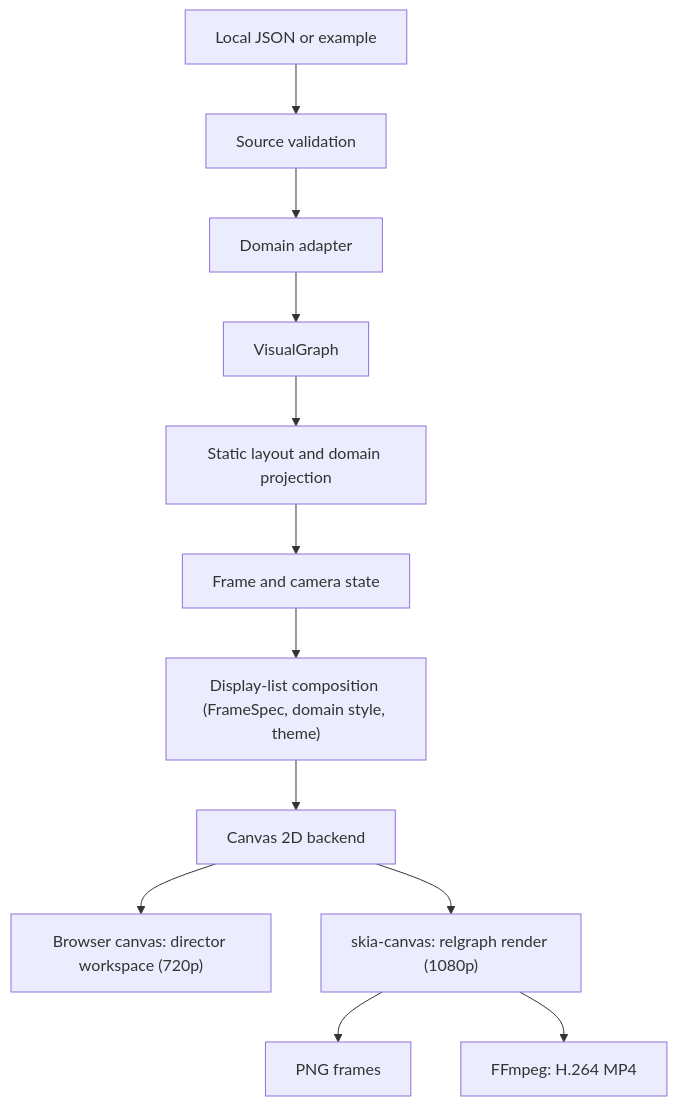
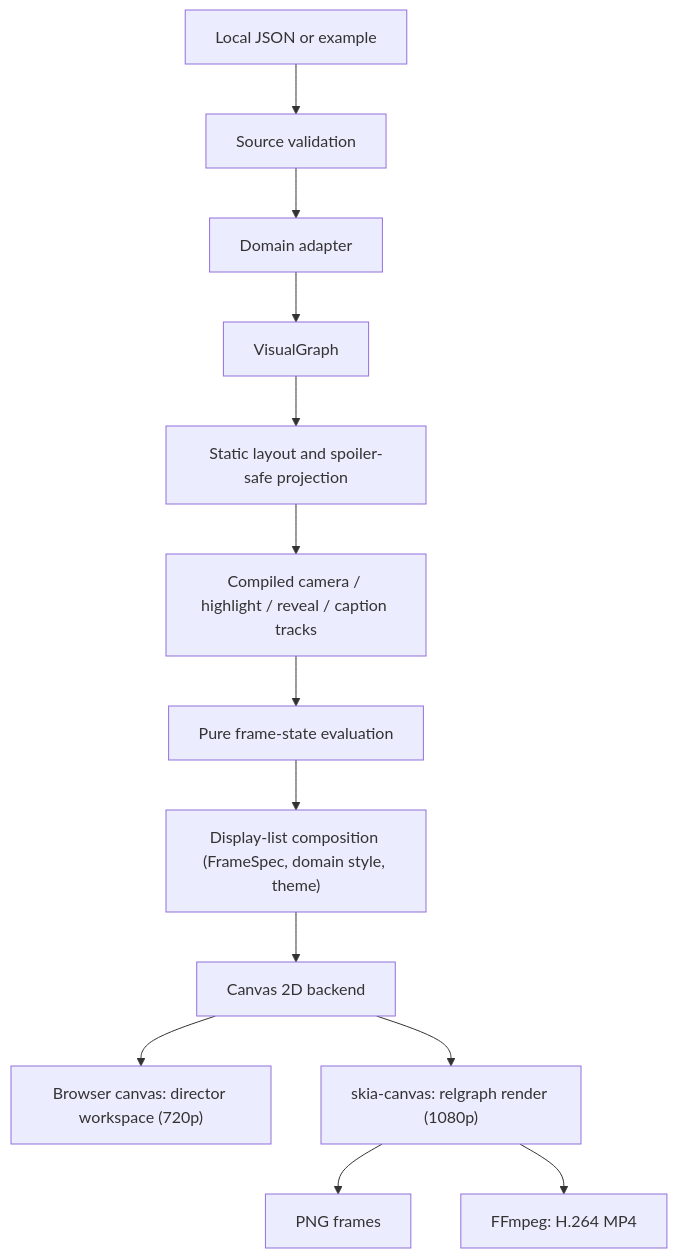
Before and after one commit to mingzhangyang/relgraph-studio: the diagram in docs/ARCHITECTURE.md, drawn with Mermaid. The commit also changed other lines of this file and 3 other files, not shown here.

````diff
--- a/docs/ARCHITECTURE.md
+++ b/docs/ARCHITECTURE.md
@@ -11,13 +11,14 @@
 ```mermaid
 flowchart TD
   A["Local JSON or example"] --> B["Source validation"]
   B --> C["Domain adapter"] --> D["VisualGraph"]
-  D --> E["Static layout and domain projection"]
-  E --> F["Frame and camera state"]
+  D --> E["Static layout and spoiler-safe projection"]
+  E --> T["Compiled camera / highlight / reveal / caption tracks"]
+  T --> F["Pure frame-state evaluation"]
   F --> G["Display-list composition (FrameSpec, domain style, theme)"]
   G --> I["Canvas 2D backend"]
   I --> H["Browser canvas: director workspace (720p)"]
   I --> J["skia-canvas: relgraph render (1080p)"]
   J --> K["PNG frames"]
   J --> L["FFmpeg: H.264 MP4"]
 ```
````
